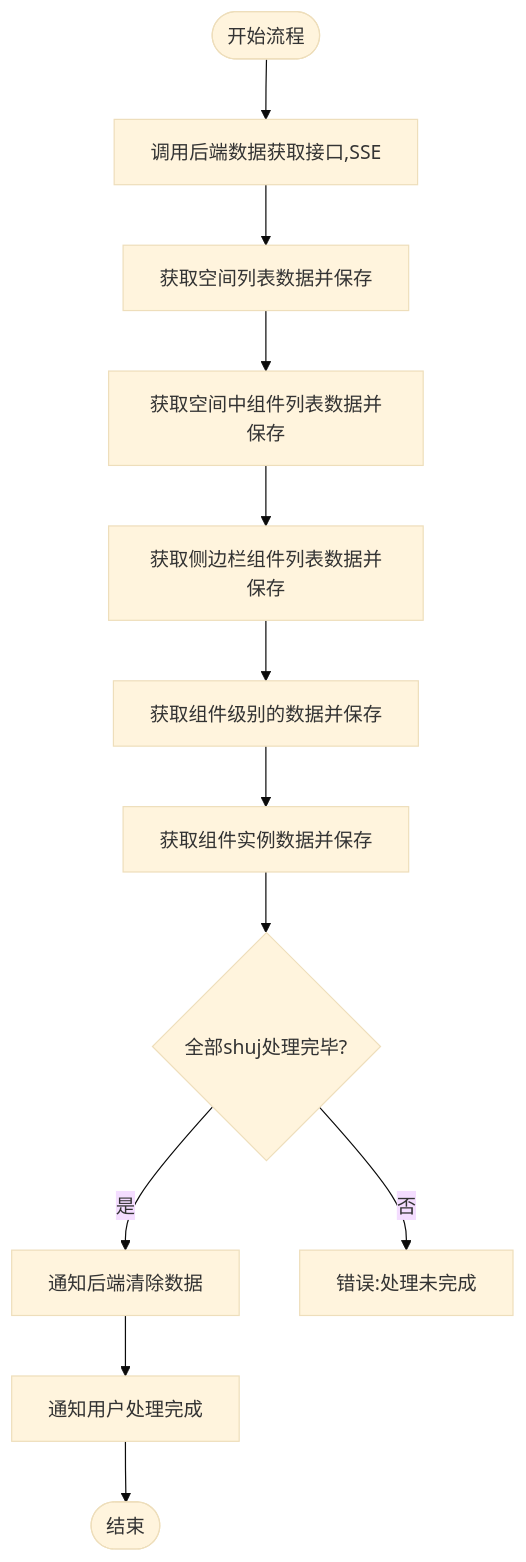
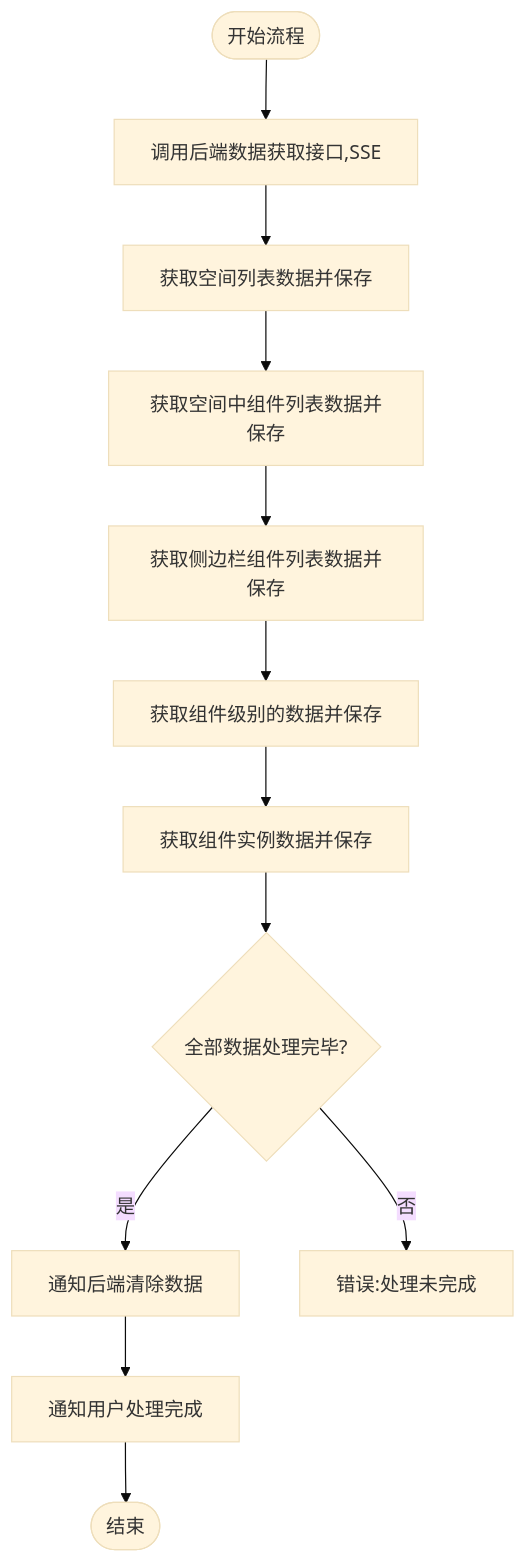
One commit to yingjianzh/iodraw-files changed the diagram in all/未命名-59.md. Above: the diagram before and after it, drawn with Mermaid (base theme).

Commit message:
2025-05-14 14:55:53 update

````diff
--- a/all/未命名-59.md
+++ b/all/未命名-59.md
@@ -1,23 +1,24 @@
 ```mermaid
 
 flowchart TD
     Start([开始流程]) --> FetchData[调用后端数据获取接口,SSE]
     FetchData --> FetchSpaceData[获取空间列表数据并保存]
    
     FetchSpaceData --> FetchSpaceComponent[获取空间中组件列表数据并保存]
 
     FetchSpaceComponent --> FetchSiderComponent[获取侧边栏组件列表数据并保存]
 
+FetchSiderComponent
     FetchSiderComponent --> FetchComponent[获取组件级别的数据并保存]
 
     FetchComponent --> FetchInstance[获取组件实例数据并保存]
     
-    FetchInstance --> AllComponentsProcessed{全部shuj处理完毕?}
+    FetchInstance --> AllComponentsProcessed{全部数据处理完毕?}
     
     AllComponentsProcessed -->|是| ClearServerData[通知后端清除数据]
     AllComponentsProcessed -->|否| Error3[错误:处理未完成]
     
     ClearServerData --> CompletionNotification[通知用户处理完成]
     CompletionNotification --> End([结束])
 
 ```
````
